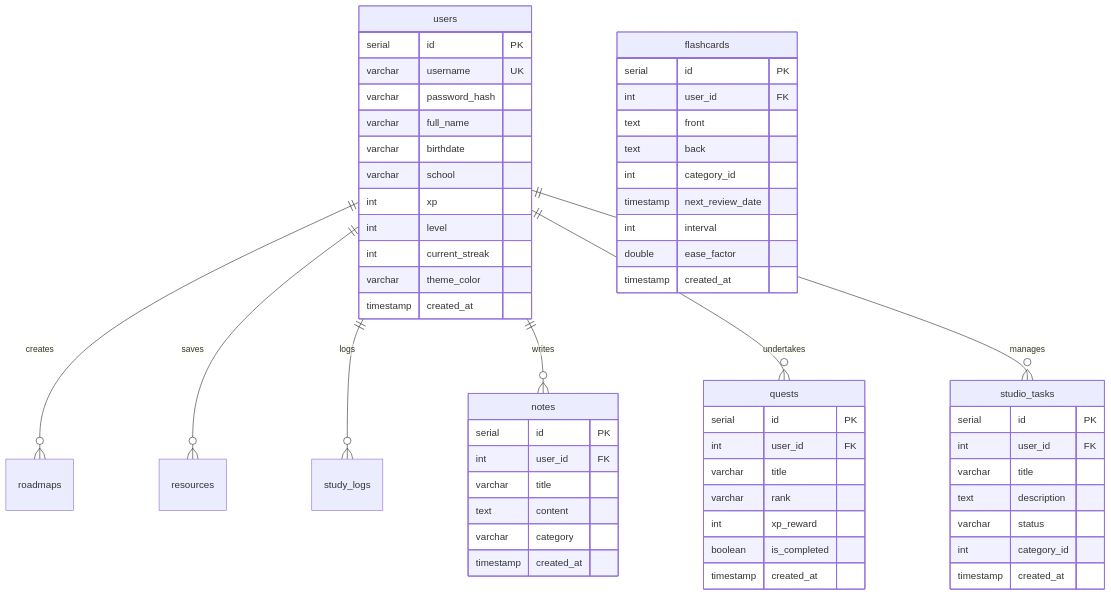
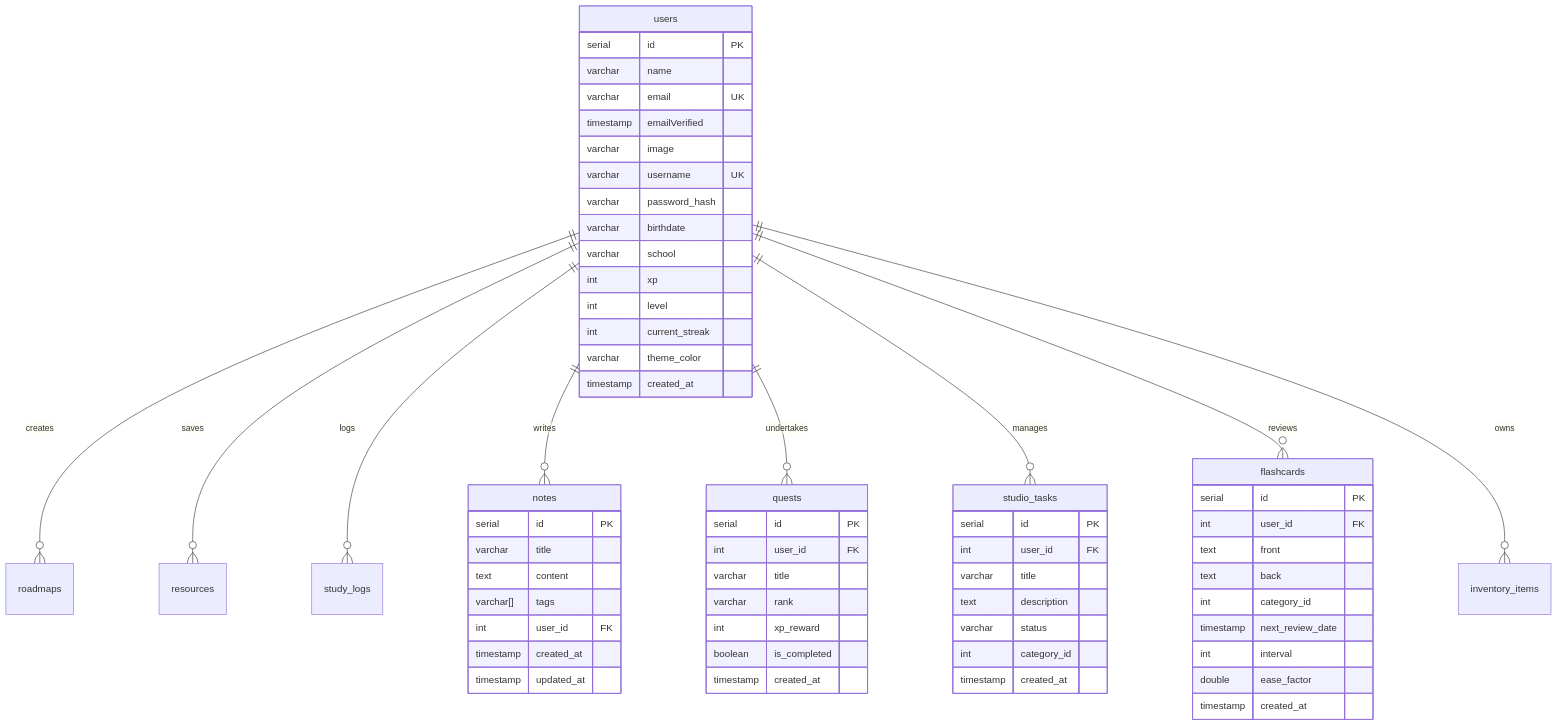
One commit to Insoyntax/Learn-Tracker changed the second of 2 diagrams in PRODUCT_SPEC.md. Above: the diagram before and after it, drawn with Mermaid. The commit also changed other lines of this file and 7 other files, not shown here.

````diff
--- a/PRODUCT_SPEC.md
+++ b/PRODUCT_SPEC.md
@@ -81,64 +83,70 @@
 ```mermaid
 erDiagram
     users ||--o{ roadmaps : creates
     users ||--o{ resources : saves
     users ||--o{ study_logs : logs
     users ||--o{ notes : writes
     users ||--o{ quests : undertakes
     users ||--o{ studio_tasks : manages
+    users ||--o{ flashcards : reviews
+    users ||--o{ inventory_items : owns
 
     users {
         serial id PK
+        varchar name
+        varchar email UK
+        timestamp emailVerified
+        varchar image
         varchar username UK
         varchar password_hash
-        varchar full_name
         varchar birthdate
         varchar school
         int xp
         int level
         int current_streak
         varchar theme_color
         timestamp created_at
     }
 
     notes {
         serial id PK
-        int user_id FK
         varchar title
         text content
-        varchar category
+        varchar[] tags
+        int user_id FK
         timestamp created_at
+        timestamp updated_at
     }
 
     flashcards {
         serial id PK
         int user_id FK
         text front
         text back
         int category_id
         timestamp next_review_date
         int interval
         double ease_factor
         timestamp created_at
     }
 
     quests {
         serial id PK
         int user_id FK
         varchar title
         varchar rank
         int xp_reward
         boolean is_completed
         timestamp created_at
     }
 
     studio_tasks {
         serial id PK
         int user_id FK
         varchar title
         text description
         varchar status
         int category_id
         timestamp created_at
     }
 ```
````
